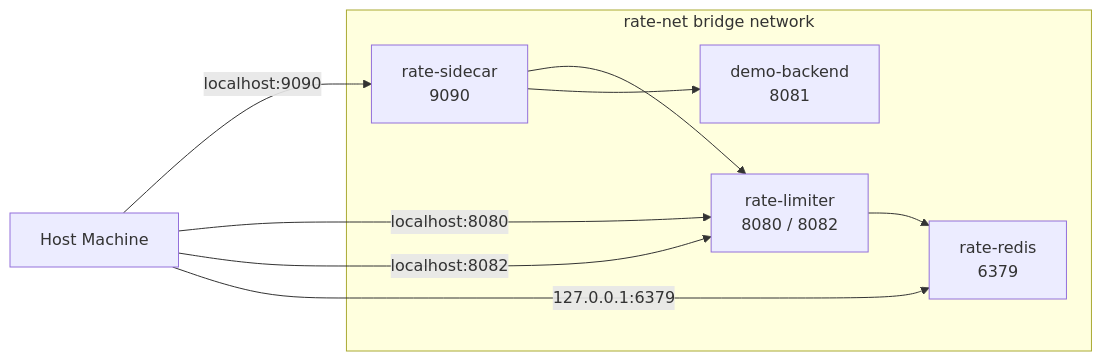
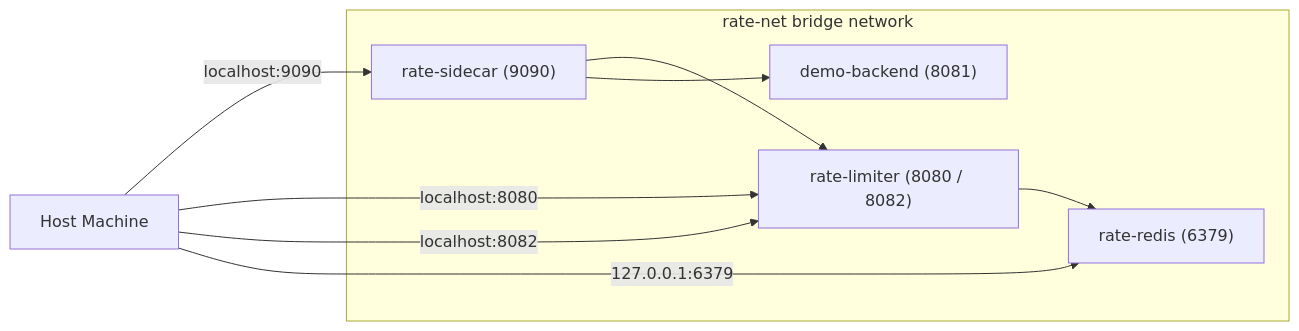
Before and after one commit to RUDRA-PRATAP-SINGH01/Distributed-rate-limiter: the second of 21 diagrams in README.md, drawn with Mermaid. The commit also changed other lines of this file and 1 other file, not shown here.

Commit message:
docs: fix Mermaid syntax for GitHub Markdown rendering in README and architecture docs

````diff
--- a/README.md
+++ b/README.md
@@ -137,19 +137,19 @@
 ```mermaid
 flowchart LR
-    subgraph rate-net [rate-net bridge network]
-        REDIS[rate-redis<br/>6379]
-        LIMITER[rate-limiter<br/>8080 / 8082]
-        DEMO[demo-backend<br/>8081]
-        SIDECAR[rate-sidecar<br/>9090]
+    subgraph rate_net["rate-net bridge network"]
+        REDIS["rate-redis (6379)"]
+        LIMITER["rate-limiter (8080 / 8082)"]
+        DEMO["demo-backend (8081)"]
+        SIDECAR["rate-sidecar (9090)"]
     end
 
-    HOST[Host Machine]
+    HOST["Host Machine"]
     HOST -->|localhost:9090| SIDECAR
     HOST -->|localhost:8080| LIMITER
     HOST -->|localhost:8082| LIMITER
     HOST -->|127.0.0.1:6379| REDIS
 
     SIDECAR --> LIMITER
     SIDECAR --> DEMO
     LIMITER --> REDIS
 ```
````
